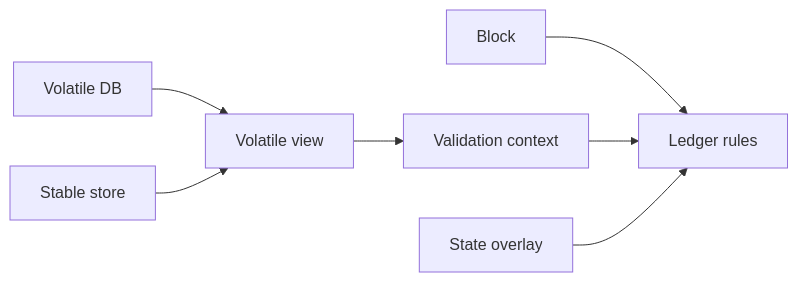
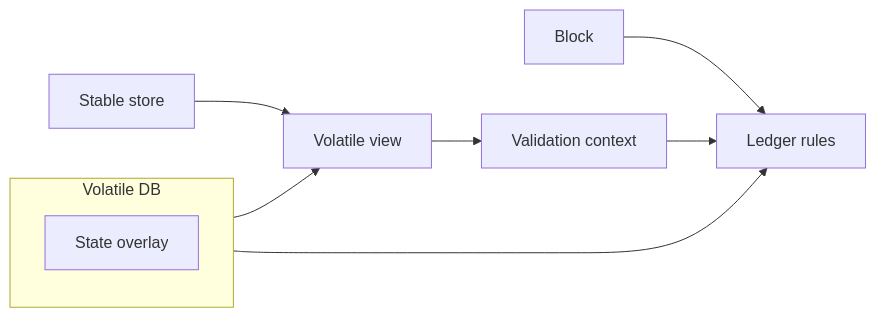
The second of 3 diagrams in crates/amaru-ledger/README.md (pragma-org/amaru), drawn with Mermaid before and after one commit. The commit also changed other lines of this file, not shown here.

Commit message:
chore: update ledger mermaid diagrams

````diff
--- a/crates/amaru-ledger/README.md
+++ b/crates/amaru-ledger/README.md
@@ -51,17 +53,19 @@
 ```mermaid
 flowchart LR
     BK["Block"]
     LR["Ledger rules"]
     VC["Validation context"]
-    SO["State overlay"]
     SS["Stable store"]
-    VD["Volatile DB"]
     VV["Volatile view"]
+
+    subgraph VD["Volatile DB"]
+        SO["State overlay"]
+    end
 
     VD --> VV
     SS --> VV
     VV --> VC
     BK --> LR
     VC --> LR
-    SO --> LR
+    VD --> LR
 ```
````
